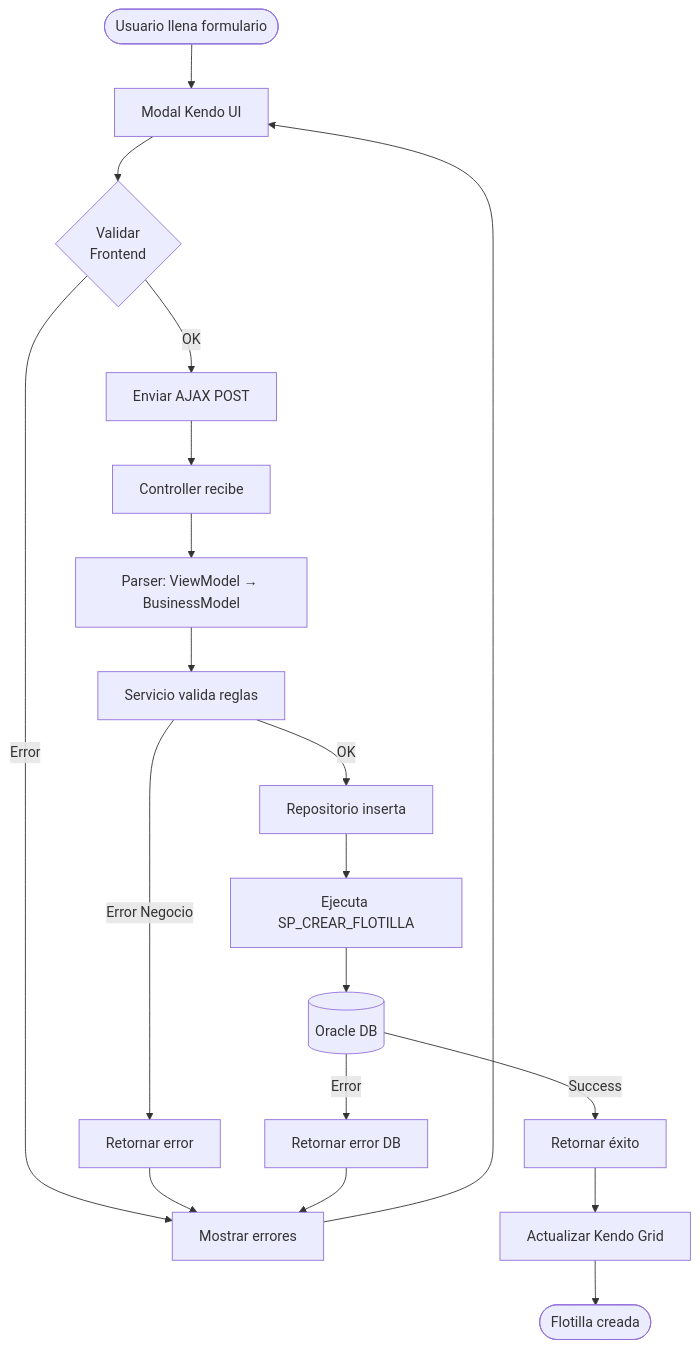
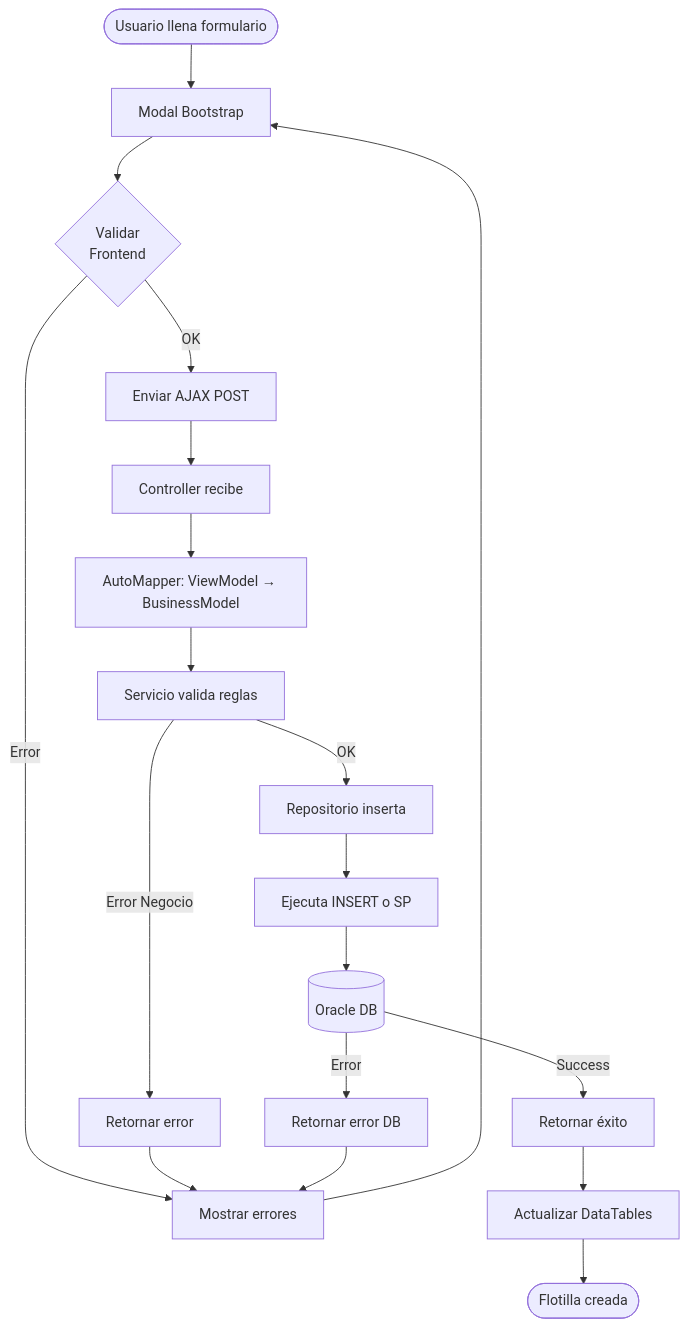
Before and after one commit to alejandro3469/AdministracionFlotillas: the fourth of 8 diagrams in docs/ARQUITECTURA.md, drawn with Mermaid. The commit also changed other lines of this file and 2 other files, not shown here.

First line of the commit message:
Docs: actualizar documentación con estado actual del proyecto

````diff
--- a/docs/ARQUITECTURA.md
+++ b/docs/ARQUITECTURA.md
@@ -125,21 +125,21 @@
 ```mermaid
 flowchart TD
-    Start([Usuario llena formulario]) --> Modal[Modal Kendo UI]
+    Start([Usuario llena formulario]) --> Modal[Modal Bootstrap]
     Modal --> Validate{Validar<br/>Frontend}
     Validate -->|Error| ShowError[Mostrar errores]
     Validate -->|OK| SendAJAX[Enviar AJAX POST]
     SendAJAX --> Controller[Controller recibe]
-    Controller --> ParseVM[Parser: ViewModel → BusinessModel]
+    Controller --> ParseVM[AutoMapper: ViewModel → BusinessModel]
     ParseVM --> Service[Servicio valida reglas]
     Service -->|Error Negocio| ReturnError[Retornar error]
     Service -->|OK| Repo[Repositorio inserta]
-    Repo --> SP[Ejecuta SP_CREAR_FLOTILLA]
+    Repo --> SP[Ejecuta INSERT o SP]
     SP --> DB[(Oracle DB)]
     DB -->|Success| ReturnSuccess[Retornar éxito]
     DB -->|Error| ReturnDBError[Retornar error DB]
-    ReturnSuccess --> UpdateUI[Actualizar Kendo Grid]
+    ReturnSuccess --> UpdateUI[Actualizar DataTables]
     ReturnError --> ShowError
     ReturnDBError --> ShowError
     UpdateUI --> End([Flotilla creada])
     ShowError --> Modal
 ```
````
